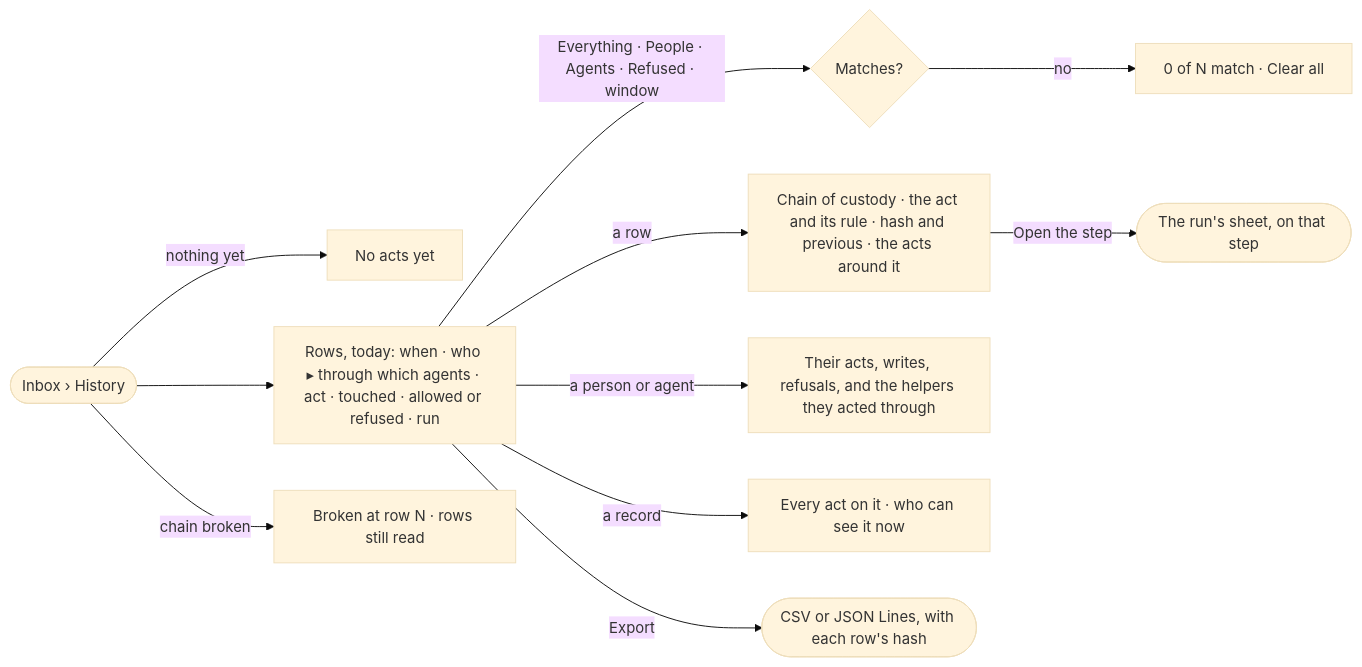
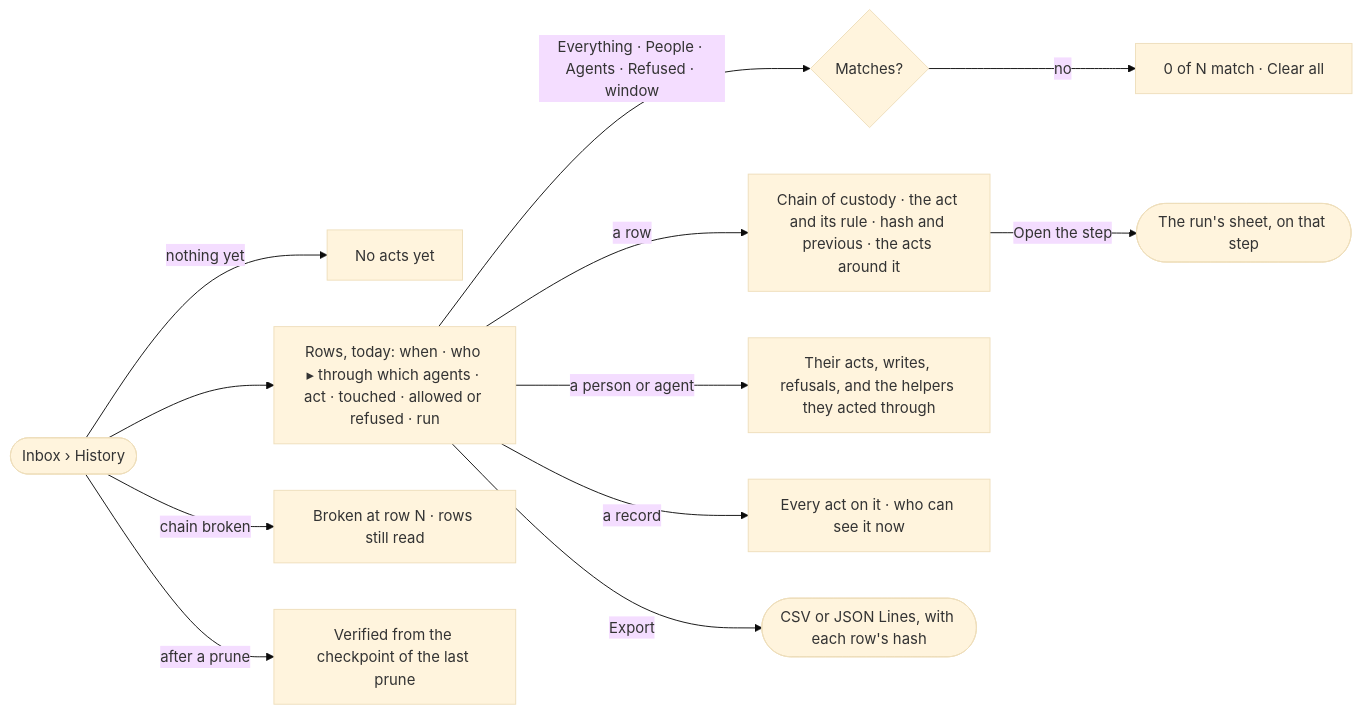
The diagram in specs/os/access/features/AC-F06-history/stories/AC-16-read-what-people-and-agents-did-and-prove-it/story.md (invana/invana), drawn with Mermaid (base theme) before and after one commit. The commit also changed other lines of this file and 300 other files, not shown here.

````diff
--- a/specs/os/access/features/AC-F06-history/stories/AC-16-read-what-people-and-agents-did-and-prove-it/story.md
+++ b/specs/os/access/features/AC-F06-history/stories/AC-16-read-what-people-and-agents-did-and-prove-it/story.md
@@ -27,13 +27,14 @@
 ```mermaid
 flowchart LR
   s([Inbox › History]) -->|nothing yet| e["No acts yet"]
   s --> r["Rows, today: when · who ▸ through which agents · act · touched · allowed or refused · run"]
   r -->|Everything · People · Agents · Refused · window| f{"Matches?"}
   f -->|no| z["0 of N match · Clear all"]
   r -->|a row| d["Chain of custody · the act and its rule · hash and previous · the acts around it"]
   d -->|Open the step| run(["The run's sheet, on that step"])
   r -->|a person or agent| a["Their acts, writes, refusals, and the helpers they acted through"]
   r -->|a record| rec["Every act on it · who can see it now"]
   r -->|Export| x(["CSV or JSON Lines, with each row's hash"])
   s -->|chain broken| b["Broken at row N · rows still read"]
+  s -->|after a prune| cp["Verified from the checkpoint of the last prune"]
 ```
````
